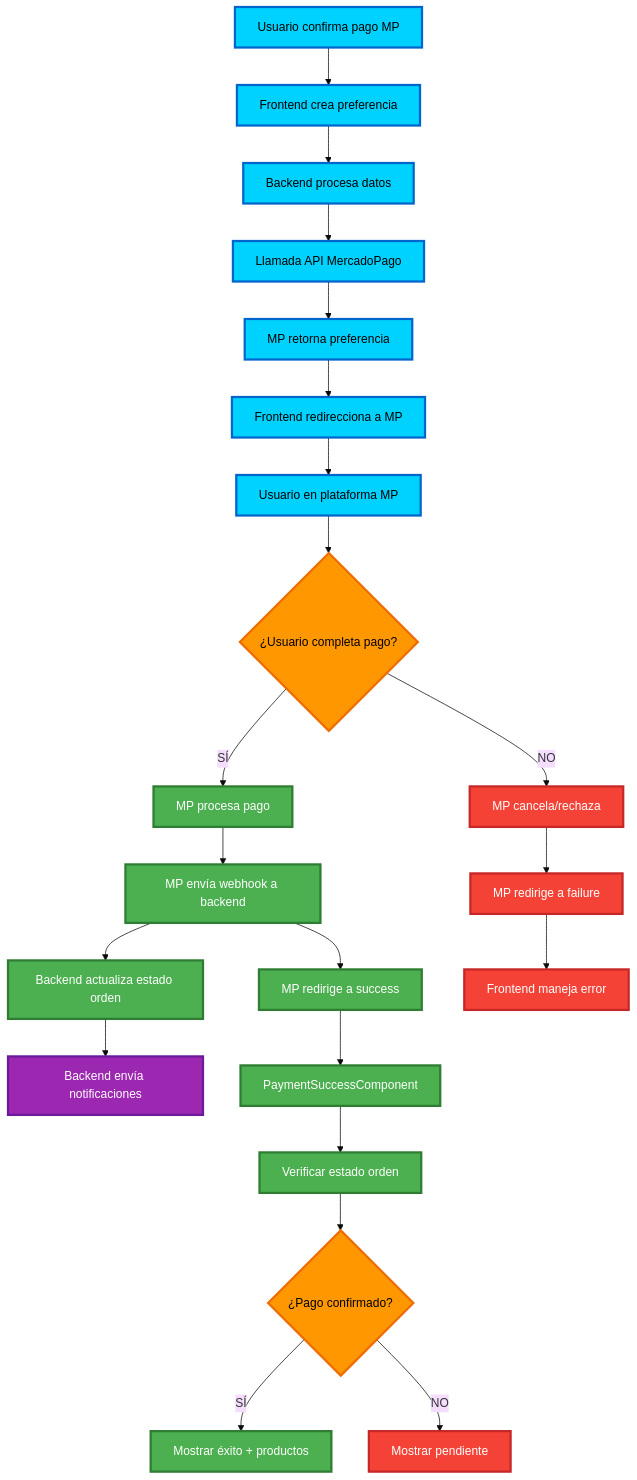
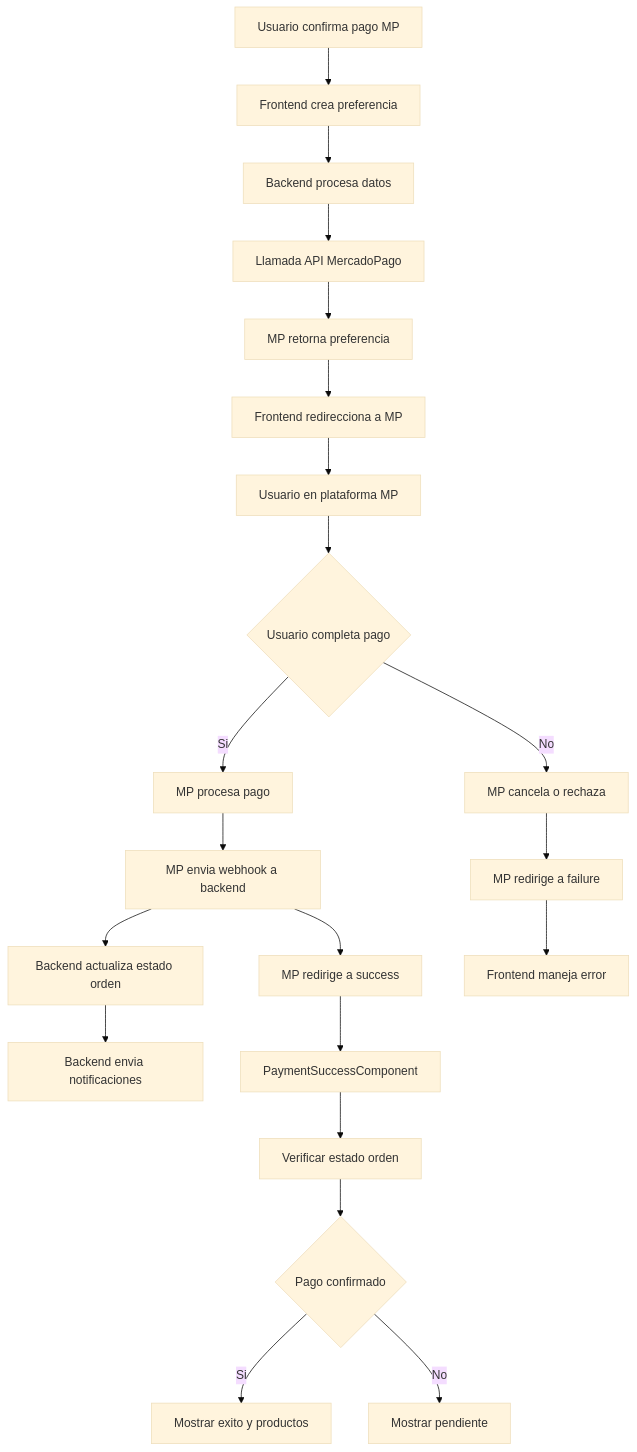
One commit to Ivetta-Luis-Alberto-114588/front-startup changed the eighth of 16 diagrams in docs_frontend/diagramas-flujo-actualizados.md. Above: the diagram before and after it, drawn with Mermaid (base theme). The commit also changed other lines of this file and 7 other files, not shown here.

Commit message:
Add endpoint permissions documentation and update flow diagrams for checkout process

````diff
--- a/docs_frontend/diagramas-flujo-actualizados.md
+++ b/docs_frontend/diagramas-flujo-actualizados.md
@@ -401,43 +345,23 @@
 ```mermaid
 flowchart TD
     A[Usuario confirma pago MP] --> B[Frontend crea preferencia]
     B --> C[Backend procesa datos]
     C --> D[Llamada API MercadoPago]
     D --> E[MP retorna preferencia]
     E --> F[Frontend redirecciona a MP]
-  
     F --> G[Usuario en plataforma MP]
-    G --> H{¿Usuario completa pago?}
-  
-    H -->|SÍ| I[MP procesa pago]
-    H -->|NO| J[MP cancela/rechaza]
-  
-    I --> K[MP envía webhook a backend]
+    G --> H{Usuario completa pago}
+    H -->|Si| I[MP procesa pago]
+    H -->|No| J[MP cancela o rechaza]
+    I --> K[MP envia webhook a backend]
     J --> L[MP redirige a failure]
-  
     K --> M[Backend actualiza estado orden]
-    M --> N[Backend envía notificaciones]
-  
+    M --> N[Backend envia notificaciones]
     K --> O[MP redirige a success]
     L --> P[Frontend maneja error]
-  
     O --> Q[PaymentSuccessComponent]
     Q --> R[Verificar estado orden]
-    R --> S{¿Pago confirmado?}
-  
-    S -->|SÍ| T[Mostrar éxito + productos]
-    S -->|NO| U[Mostrar pendiente]
-
-    %% Estilos modernos para MercadoPago
-    classDef mpProcess fill:#00d2ff,stroke:#0066cc,stroke-width:3px,color:#000
-    classDef successPath fill:#4caf50,stroke:#2e7d32,stroke-width:3px,color:#fff
-    classDef errorPath fill:#f44336,stroke:#c62828,stroke-width:3px,color:#fff
-    classDef decision fill:#ff9800,stroke:#ef6c00,stroke-width:3px,color:#000
-    classDef notification fill:#9c27b0,stroke:#6a1b9a,stroke-width:3px,color:#fff
-    
-    class A,B,C,D,E,F,G mpProcess
-    class I,K,M,O,Q,R,T successPath
-    class J,L,P,U errorPath
-    class H,S decision
-    class N notification
+    R --> S{Pago confirmado}
+    S -->|Si| T[Mostrar exito y productos]
+    S -->|No| U[Mostrar pendiente]
 ```
````
